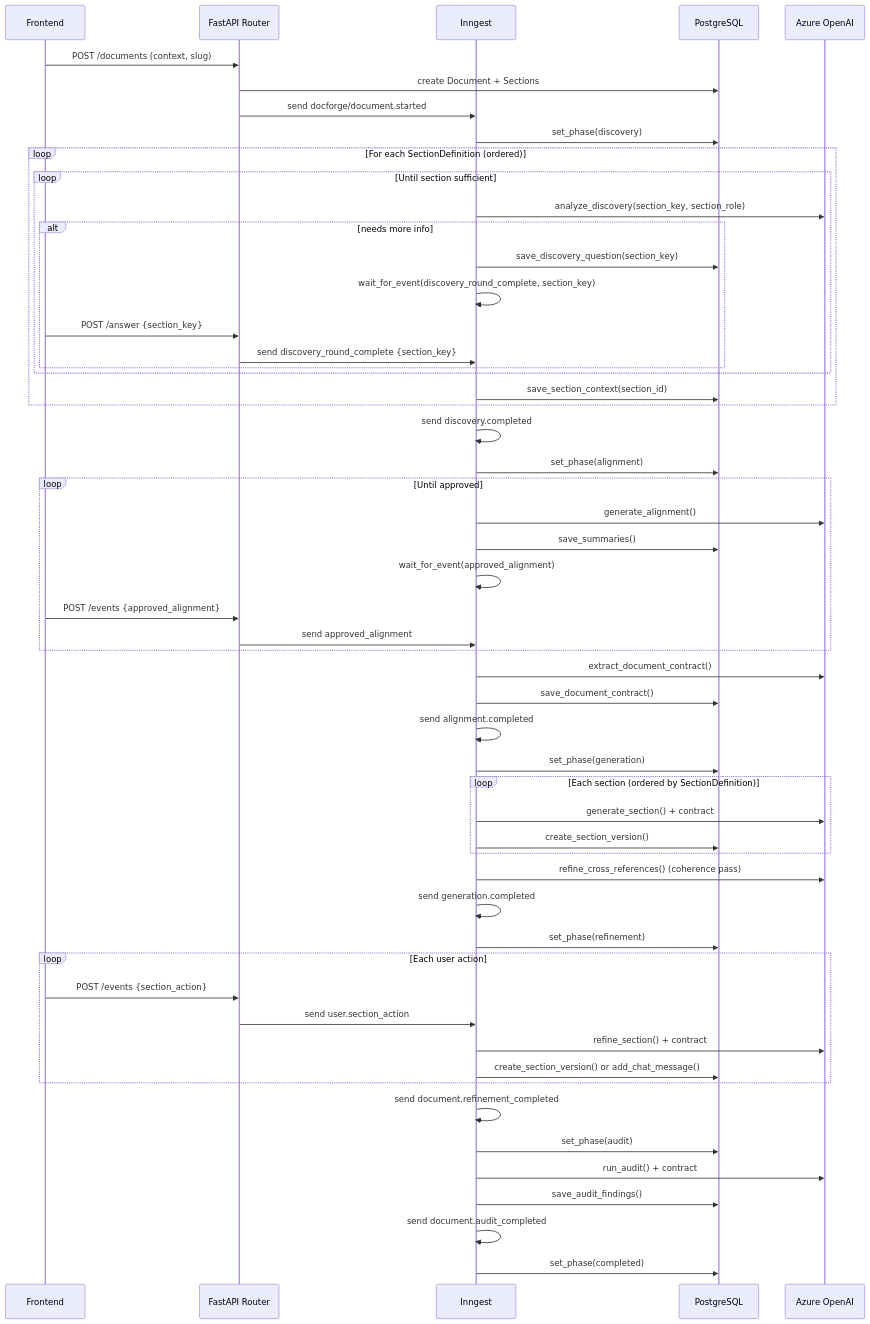
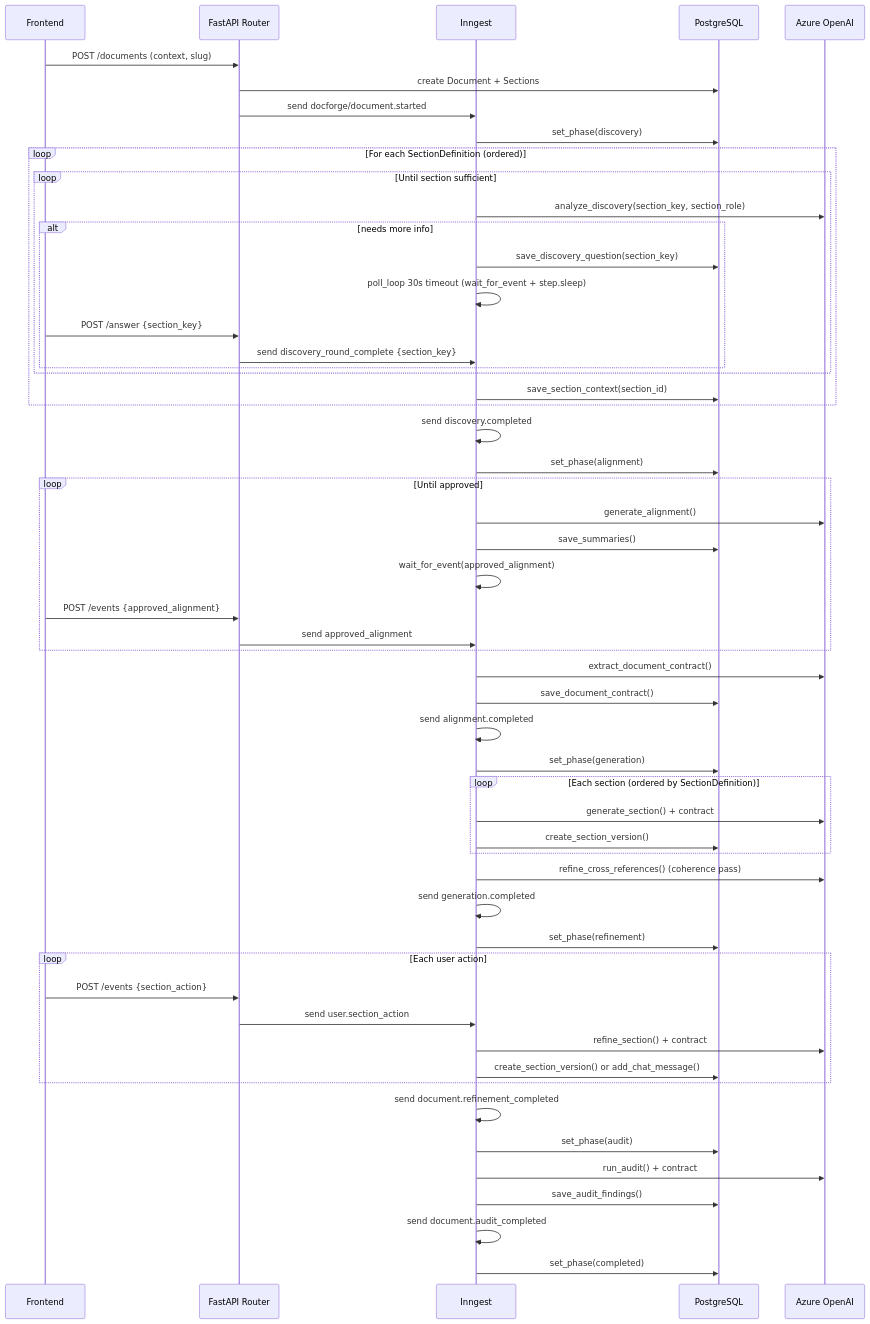
One commit to maxjneto/doc-forge changed the fourth of 9 diagrams in ARCHITECTURE.md. Above: the diagram before and after it, drawn with Mermaid. The commit also changed other lines of this file, not shown here.

First line of the commit message:
docs: update ARCHITECTURE.md to reflect Milestone 4 state

````diff
--- a/ARCHITECTURE.md
+++ b/ARCHITECTURE.md
@@ -110,63 +121,63 @@
 ```mermaid
 sequenceDiagram
     participant FE as Frontend
     participant API as FastAPI Router
     participant INN as Inngest
     participant DB as PostgreSQL
     participant AI as Azure OpenAI
 
     FE->>API: POST /documents (context, slug)
     API->>DB: create Document + Sections
     API->>INN: send docforge/document.started
 
     INN->>DB: set_phase(discovery)
     loop For each SectionDefinition (ordered)
         loop Until section sufficient
             INN->>AI: analyze_discovery(section_key, section_role)
             alt needs more info
                 INN->>DB: save_discovery_question(section_key)
-                INN->>INN: wait_for_event(discovery_round_complete, section_key)
+                INN->>INN: poll_loop 30s timeout (wait_for_event + step.sleep)
                 FE->>API: POST /answer {section_key}
                 API->>INN: send discovery_round_complete {section_key}
             end
         end
         INN->>DB: save_section_context(section_id)
     end
     INN->>INN: send discovery.completed
 
     INN->>DB: set_phase(alignment)
     loop Until approved
         INN->>AI: generate_alignment()
         INN->>DB: save_summaries()
         INN->>INN: wait_for_event(approved_alignment)
         FE->>API: POST /events {approved_alignment}
         API->>INN: send approved_alignment
     end
     INN->>AI: extract_document_contract()
     INN->>DB: save_document_contract()
     INN->>INN: send alignment.completed
 
     INN->>DB: set_phase(generation)
     loop Each section (ordered by SectionDefinition)
         INN->>AI: generate_section() + contract
         INN->>DB: create_section_version()
     end
     INN->>AI: refine_cross_references() (coherence pass)
     INN->>INN: send generation.completed
 
     INN->>DB: set_phase(refinement)
     loop Each user action
         FE->>API: POST /events {section_action}
         API->>INN: send user.section_action
         INN->>AI: refine_section() + contract
         INN->>DB: create_section_version() or add_chat_message()
     end
     INN->>INN: send document.refinement_completed
 
     INN->>DB: set_phase(audit)
     INN->>AI: run_audit() + contract
     INN->>DB: save_audit_findings()
     INN->>INN: send document.audit_completed
 
     INN->>DB: set_phase(completed)
 ```
````
